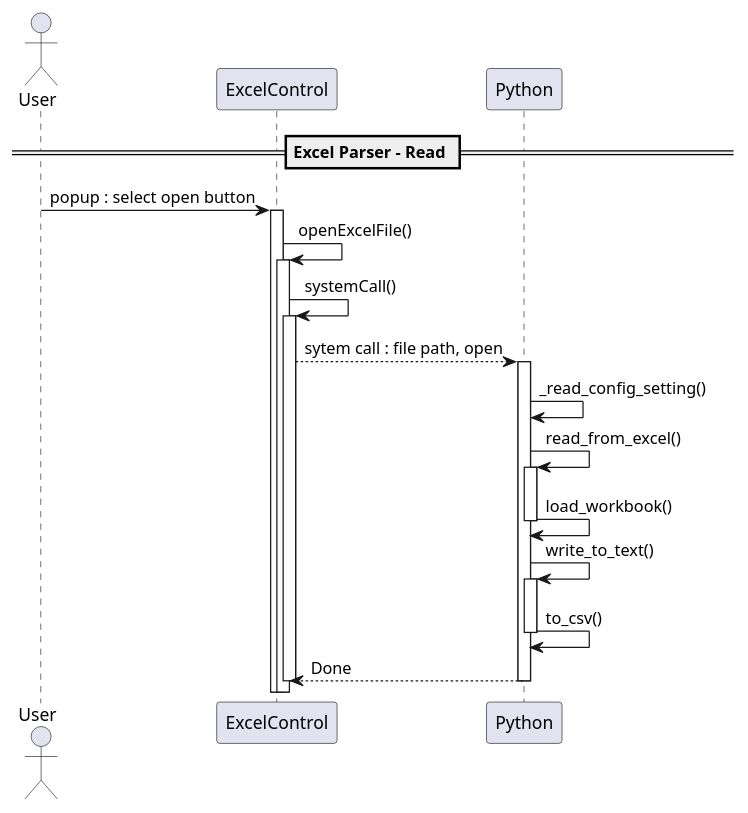
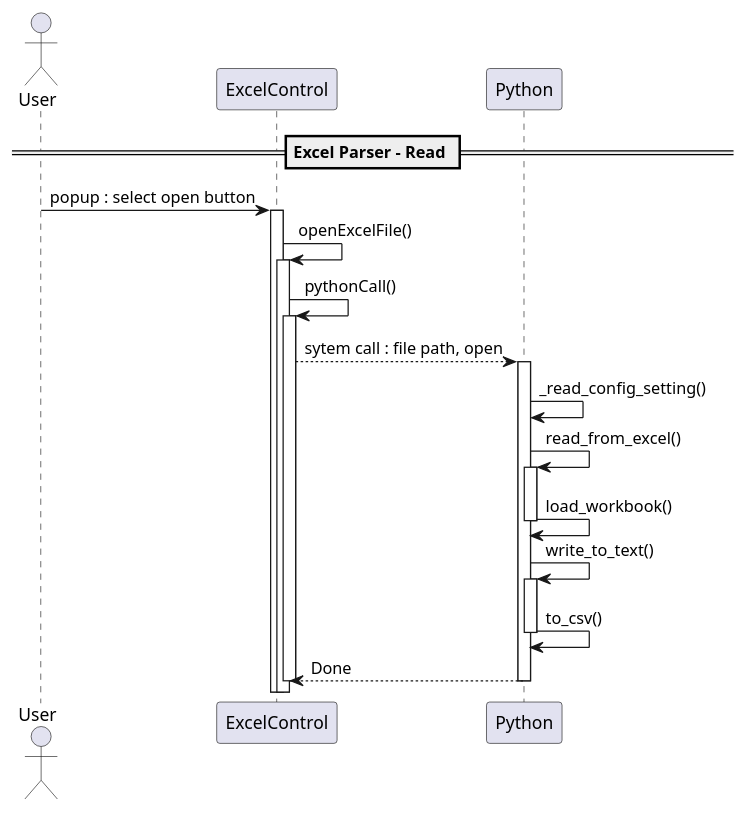
The diagram in Diagram/015_Python/SequenceDiagram_Python1.plantuml (rlarudgh1997/Application), drawn with PlantUML before and after one commit. The commit also changed 22 other files, not shown here.

```diff
--- a/Diagram/015_Python/SequenceDiagram_Python1.plantuml
+++ b/Diagram/015_Python/SequenceDiagram_Python1.plantuml
@@ -1,35 +1,35 @@
 @startuml
 
 actor User order 10
 
 participant ExcelControl order 60
 
 participant Python order 110
 
 
 == Excel Parser - Read ==
 
 
 User -> ExcelControl: popup : select open button
 
 activate ExcelControl
 ExcelControl -> ExcelControl : openExcelFile()
 activate ExcelControl
-ExcelControl -> ExcelControl : systemCall()
+ExcelControl -> ExcelControl : pythonCall()
 activate ExcelControl
 ExcelControl --> Python : sytem call : file path, open
 activate Python
 Python -> Python : _read_config_setting()
 Python -> Python : read_from_excel()
 activate Python
 Python -> Python : load_workbook()
 deactivate Python
 Python -> Python : write_to_text()
 activate Python
 Python -> Python : to_csv()
 deactivate Python
 Python --> ExcelControl : Done
 deactivate Python
 deactivate ExcelControl
 
 @enduml
```
